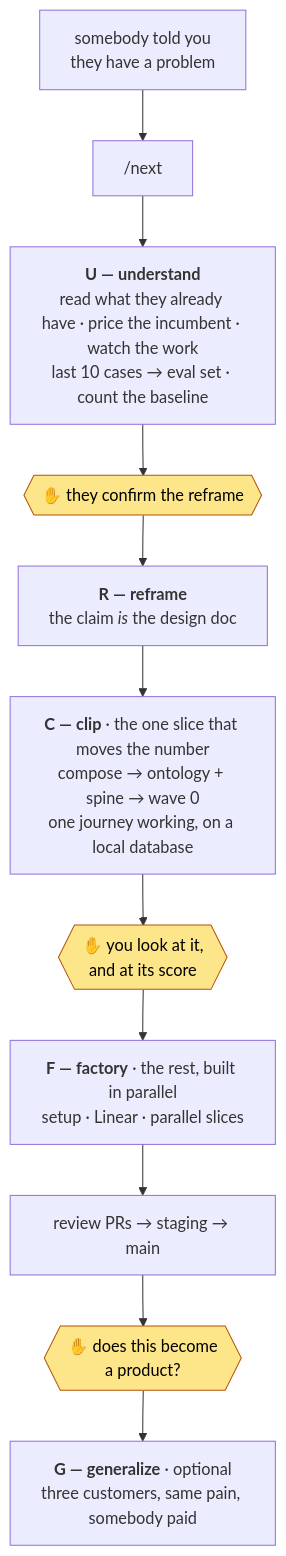
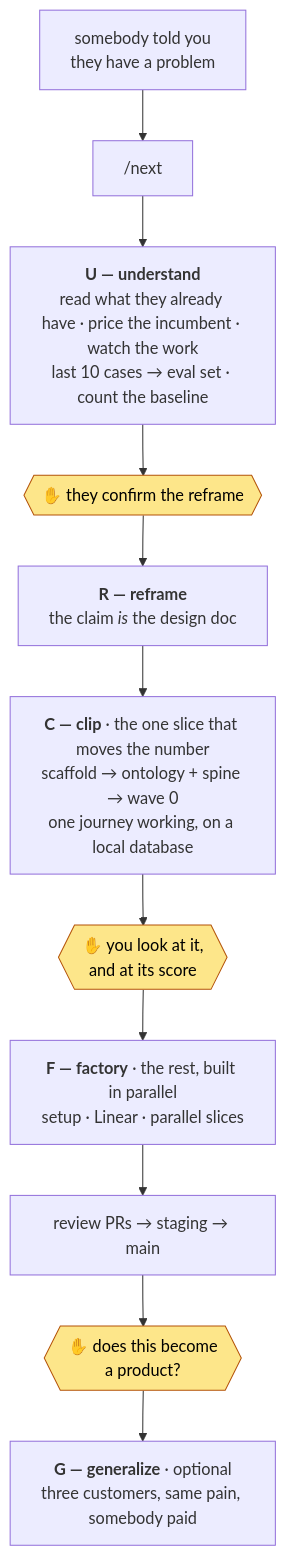
Before and after one commit to hivinaynair/vipernxt: the first of 3 diagrams in README.md, drawn with Mermaid. The commit also changed other lines of this file and 63 other files, not shown here.

````diff
--- a/README.md
+++ b/README.md
@@ -56,17 +56,17 @@
 ```mermaid
 flowchart TD
     IN["somebody told you<br/>they have a problem"] --> N["/next"]
     N --> U["<b>U — understand</b><br/>read what they already have · price the incumbent · watch the work<br/>last 10 cases → eval set · count the baseline"]
     U --> G1{{"✋ they confirm the reframe"}}
     G1 --> R["<b>R — reframe</b><br/>the claim <i>is</i> the design doc"]
-    R --> C["<b>C — clip</b> · the one slice that moves the number<br/>compose → ontology + spine → wave 0<br/>one journey working, on a local database"]
+    R --> C["<b>C — clip</b> · the one slice that moves the number<br/>scaffold → ontology + spine → wave 0<br/>one journey working, on a local database"]
     C --> G2{{"✋ you look at it,<br/>and at its score"}}
     G2 --> F["<b>F — factory</b> · the rest, built in parallel<br/>setup · Linear · parallel slices"]
     F --> REL["review PRs → staging → main"]
     REL --> G3{{"✋ does this become<br/>a product?"}}
     G3 --> G["<b>G — generalize</b> · optional<br/>three customers, same pain, somebody paid"]
 
     style G1 fill:#fde68a,stroke:#b45309,color:#000
     style G2 fill:#fde68a,stroke:#b45309,color:#000
     style G3 fill:#fde68a,stroke:#b45309,color:#000
 ```
````
